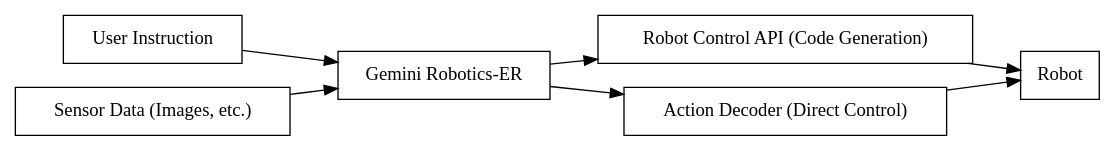
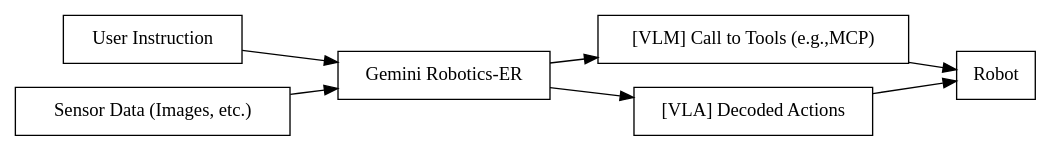
The diagram in reading/keypoints/figures/gemini-robotics-er.dot (imsight-knowhow/gemini-robotics), drawn with Graphviz before and after one commit. The commit also changed 22 other files, not shown here.

```diff
--- a/reading/keypoints/figures/gemini-robotics-er.dot
+++ b/reading/keypoints/figures/gemini-robotics-er.dot
@@ -1,10 +1,10 @@
 digraph G {
   rankdir=LR;
   node [shape=box];
   "User Instruction" -> "Gemini Robotics-ER";
   "Sensor Data (Images, etc.)" -> "Gemini Robotics-ER";
-  "Gemini Robotics-ER" -> "Robot Control API (Code Generation)";
-  "Gemini Robotics-ER" -> "Action Decoder (Direct Control)";
-  "Robot Control API (Code Generation)" -> "Robot";
-  "Action Decoder (Direct Control)" -> "Robot";
+  "Gemini Robotics-ER" -> "[VLM] Call to Tools (e.g.,MCP)";
+  "Gemini Robotics-ER" -> "[VLA] Decoded Actions";
+  "[VLM] Call to Tools (e.g.,MCP)" -> "Robot";
+  "[VLA] Decoded Actions" -> "Robot";
 }
```
